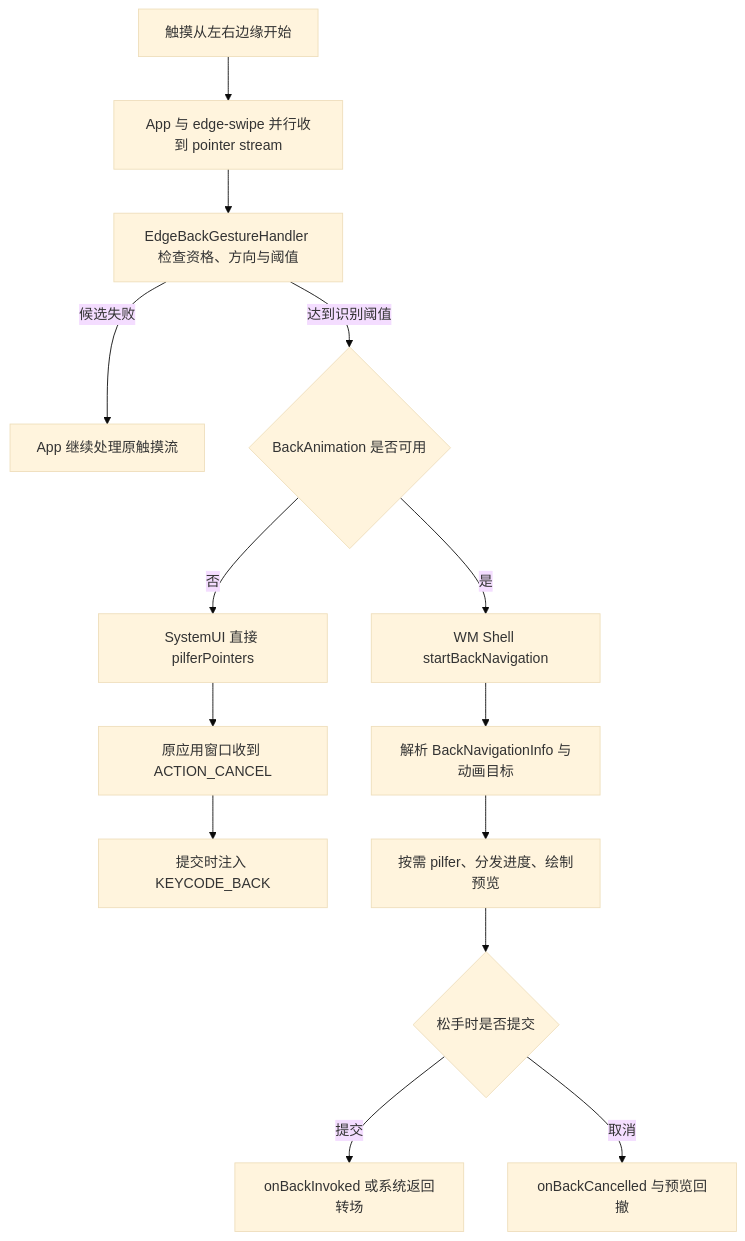
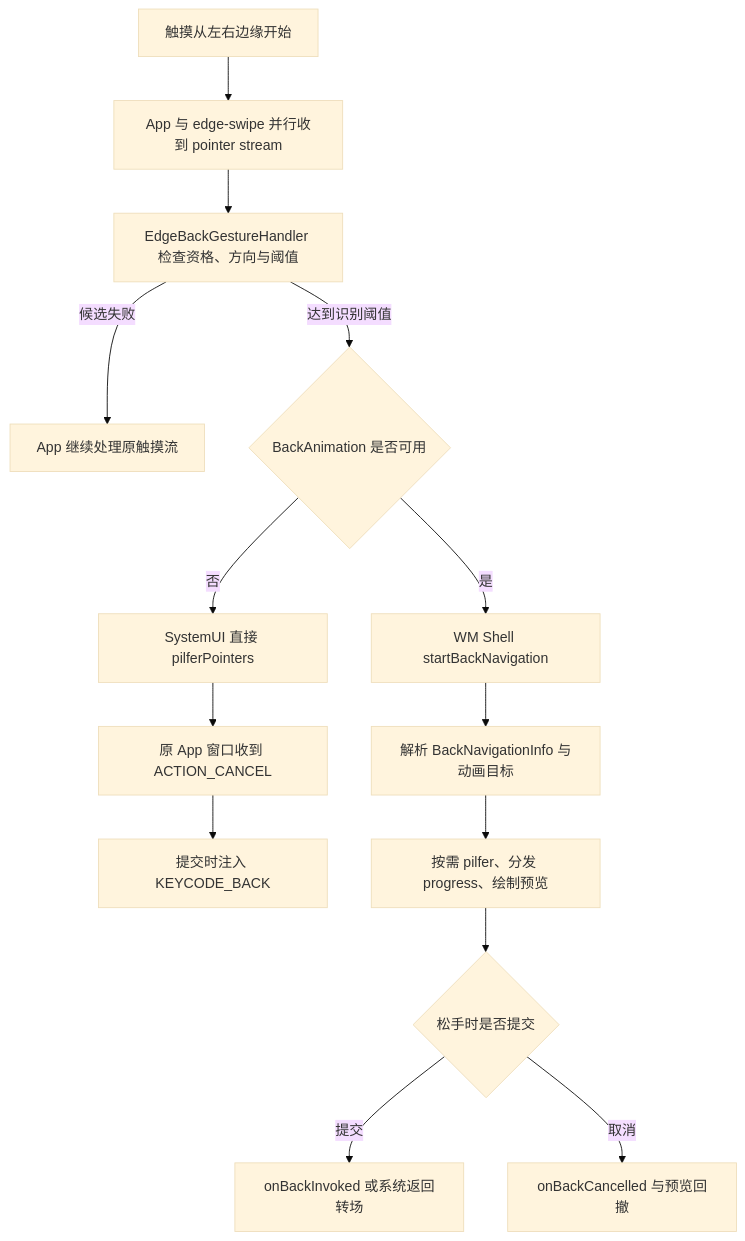
The diagram in src/part1-fundamentals/ch03-input/03-gesture-navigation.md (Gracker/android-internals-wiki), drawn with Mermaid (base theme) before and after one commit. The commit also changed other lines of this file and 4 other files, not shown here.

````diff
--- a/src/part1-fundamentals/ch03-input/03-gesture-navigation.md
+++ b/src/part1-fundamentals/ch03-input/03-gesture-navigation.md
@@ -121,16 +121,16 @@
 ```mermaid
 flowchart TD
     A["触摸从左右边缘开始"] --> B["App 与 edge-swipe 并行收到 pointer stream"]
     B --> C["EdgeBackGestureHandler 检查资格、方向与阈值"]
     C -->|候选失败| D["App 继续处理原触摸流"]
     C -->|达到识别阈值| E{"BackAnimation 是否可用"}
     E -->|否| F["SystemUI 直接 pilferPointers"]
-    F --> G["原应用窗口收到 ACTION_CANCEL"]
+    F --> G["原 App 窗口收到 ACTION_CANCEL"]
     G --> H["提交时注入 KEYCODE_BACK"]
     E -->|是| I["WM Shell startBackNavigation"]
     I --> J["解析 BackNavigationInfo 与动画目标"]
-    J --> K["按需 pilfer、分发进度、绘制预览"]
+    J --> K["按需 pilfer、分发 progress、绘制预览"]
     K --> L{"松手时是否提交"}
     L -->|提交| M["onBackInvoked 或系统返回转场"]
     L -->|取消| N["onBackCancelled 与预览回撤"]
 ```
````
